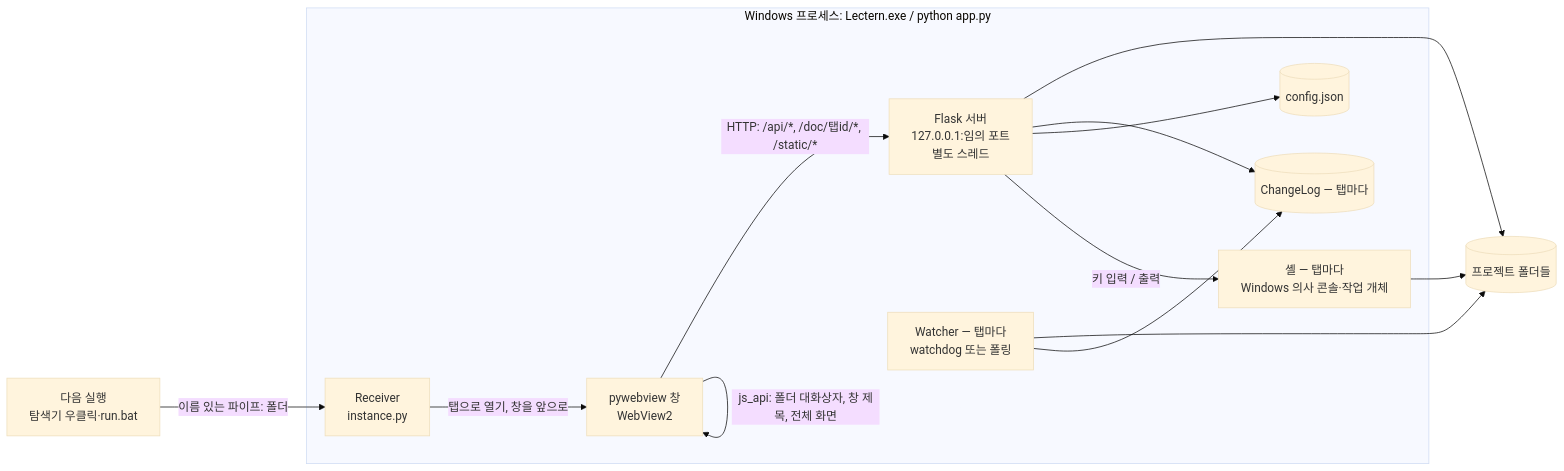
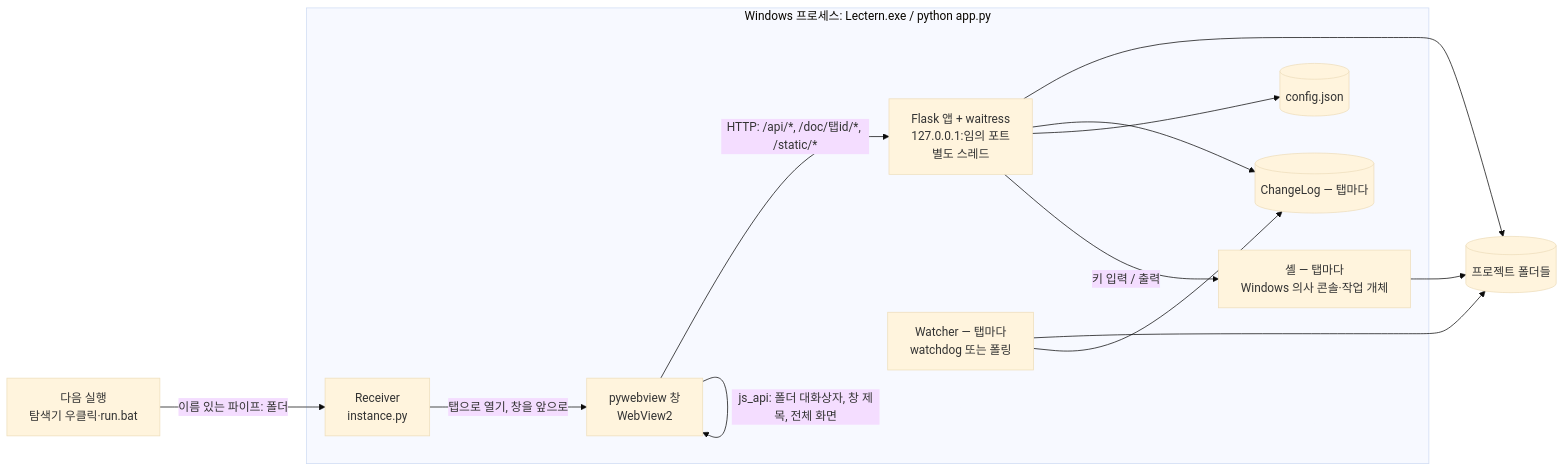
One commit to samiblog/lectern changed the first of 2 diagrams in docs/ARCHITECTURE.md. Above: the diagram before and after it, drawn with Mermaid (base theme). The commit also changed other lines of this file and 13 other files, not shown here.

````diff
--- a/docs/ARCHITECTURE.md
+++ b/docs/ARCHITECTURE.md
@@ -7,25 +7,25 @@
 ```mermaid
 flowchart LR
     subgraph Win[Windows 프로세스: Lectern.exe / python app.py]
         PW[pywebview 창<br/>WebView2]
-        HTTP[Flask 서버<br/>127.0.0.1:임의 포트<br/>별도 스레드]
+        HTTP[Flask 앱 + waitress<br/>127.0.0.1:임의 포트<br/>별도 스레드]
         W[Watcher — 탭마다<br/>watchdog 또는 폴링]
         LOG[(ChangeLog — 탭마다)]
         CFG[(config.json)]
         RCV[Receiver<br/>instance.py]
         TERM[셸 — 탭마다<br/>Windows 의사 콘솔·작업 개체]
     end
     FS[(프로젝트 폴더들)]
     NEXT[다음 실행<br/>탐색기 우클릭·run.bat]
     PW -- "HTTP: /api/*, /doc/탭id/*, /static/*" --> HTTP
     PW -- "js_api: 폴더 대화상자, 창 제목, 전체 화면" --> PW
     HTTP --> FS
     W --> FS
     W --> LOG
     HTTP --> LOG
     HTTP --> CFG
     HTTP -- "키 입력 / 출력" --> TERM
     TERM --> FS
     NEXT -- "이름 있는 파이프: 폴더" --> RCV
     RCV -- "탭으로 열기, 창을 앞으로" --> PW
 ```
````
